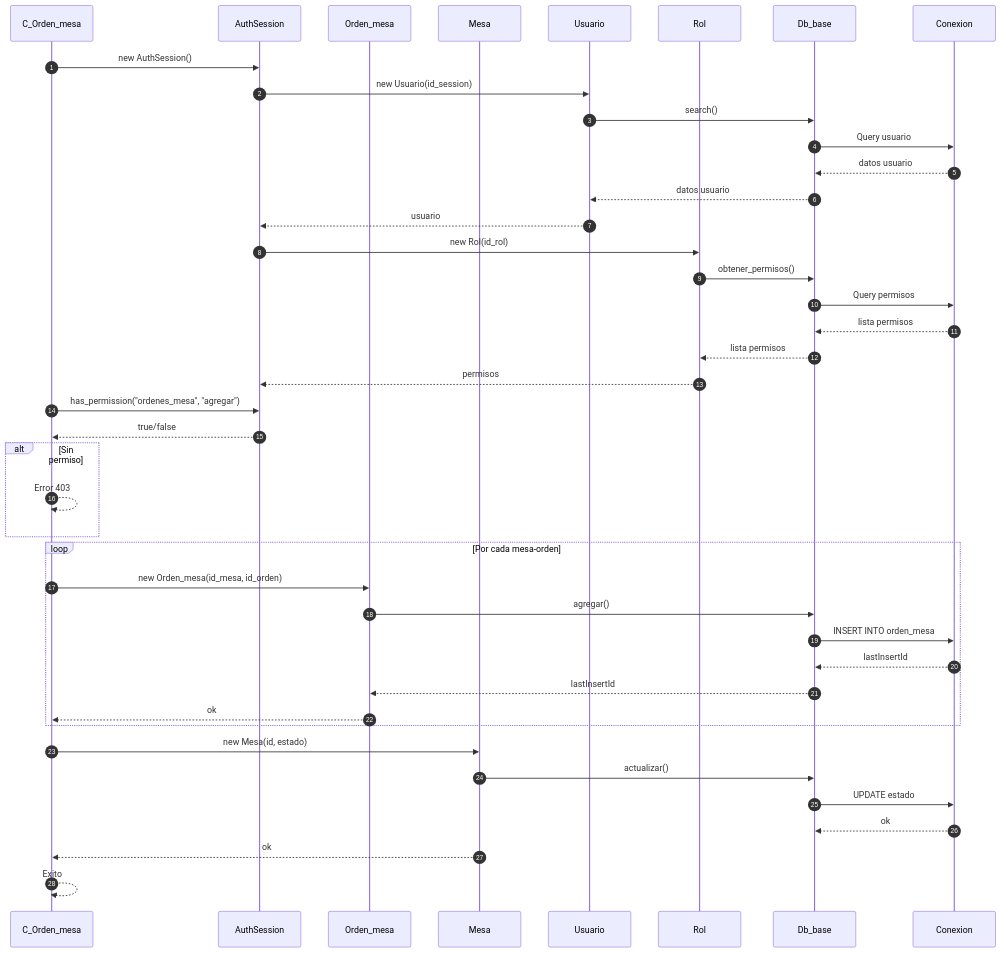
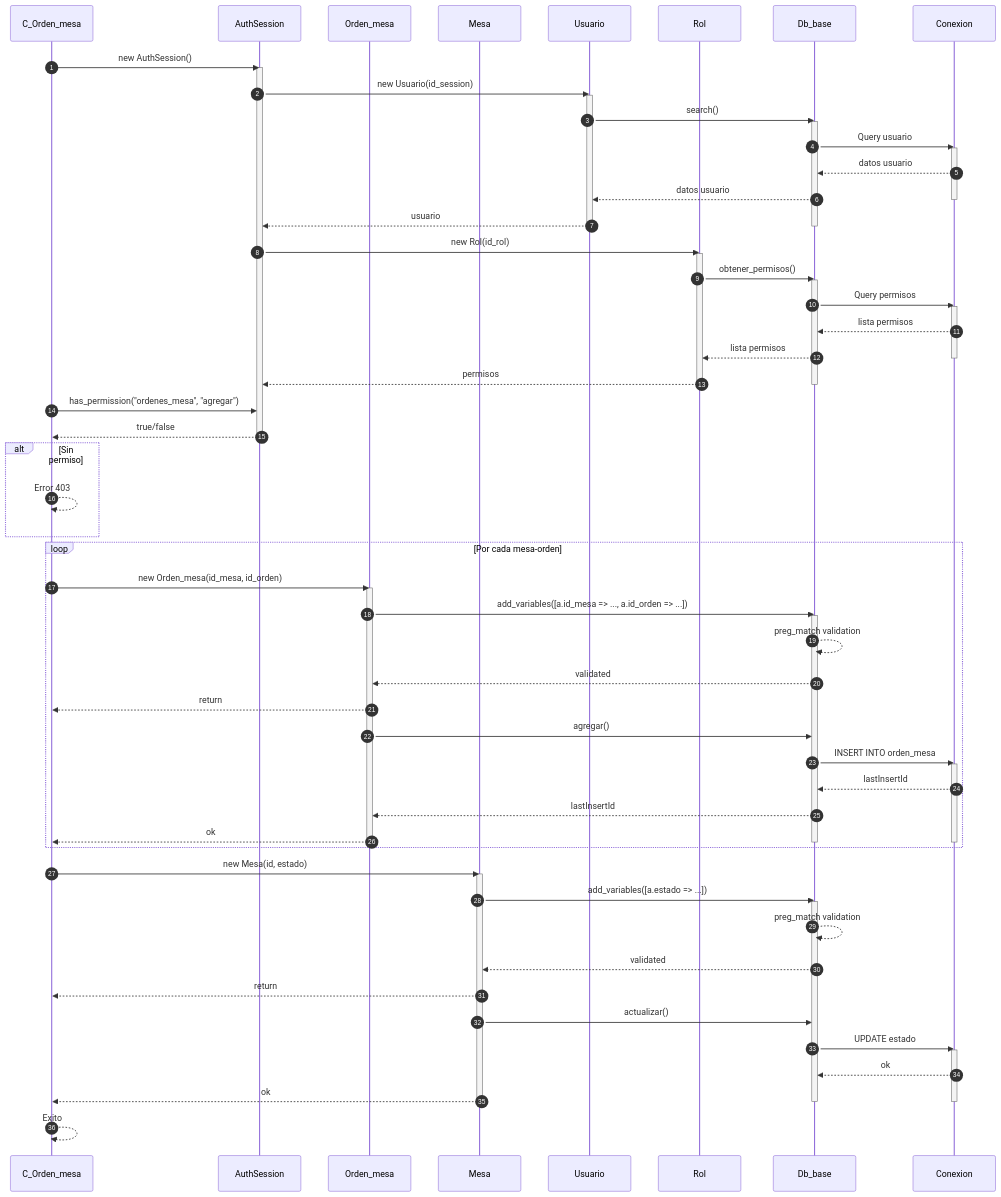
Before and after one commit to Tecrato/BurgerHouse: the fourth of 5 diagrams in docs/secuencia/mesas/mesas.md, drawn with Mermaid. The commit also changed other lines of this file and 16 other files, not shown here.

First line of the commit message:
Annotate mermaid sequences & throttle generator

````diff
--- a/docs/secuencia/mesas/mesas.md
+++ b/docs/secuencia/mesas/mesas.md
@@ -151,22 +219,36 @@
     participant Conexion as Conexion
     
     C_Orden_mesa->>AuthSession: new AuthSession()
+    activate AuthSession
     AuthSession->>Usuario: new Usuario(id_session)
+    activate Usuario
     Usuario->>Db_base: search()
+    activate Db_base
     Db_base->>Conexion: Query usuario
+    activate Conexion
     Conexion-->>Db_base: datos usuario
     Db_base-->>Usuario: datos usuario
+    deactivate Conexion
     Usuario-->>AuthSession: usuario
+    deactivate Usuario
+    deactivate Db_base
     
     AuthSession->>Rol: new Rol(id_rol)
+    activate Rol
     Rol->>Db_base: obtener_permisos()
+    activate Db_base
     Db_base->>Conexion: Query permisos
+    activate Conexion
     Conexion-->>Db_base: lista permisos
     Db_base-->>Rol: lista permisos
+    deactivate Conexion
     Rol-->>AuthSession: permisos
+    deactivate Rol
+    deactivate Db_base
     
     C_Orden_mesa->>AuthSession: has_permission("ordenes_mesa", "agregar")
     AuthSession-->>C_Orden_mesa: true/false
+    deactivate AuthSession
     
     alt Sin permiso
         C_Orden_mesa-->>C_Orden_mesa: Error 403
@@ -174,18 +256,38 @@
     
     loop Por cada mesa-orden
         C_Orden_mesa->>Orden_mesa: new Orden_mesa(id_mesa, id_orden)
+        activate Orden_mesa
+        Orden_mesa->>Db_base: add_variables([a.id_mesa => ..., a.id_orden => ...])
+        activate Db_base
+        Db_base-->>Db_base: preg_match validation
+        Db_base-->>Orden_mesa: validated
+        Orden_mesa-->>C_Orden_mesa: return
         Orden_mesa->>Db_base: agregar()
         Db_base->>Conexion: INSERT INTO orden_mesa
+        activate Conexion
         Conexion-->>Db_base: lastInsertId
         Db_base-->>Orden_mesa: lastInsertId
         Orden_mesa-->>C_Orden_mesa: ok
+        deactivate Orden_mesa
+        deactivate Conexion
+        deactivate Db_base
     end
     
     C_Orden_mesa->>Mesa: new Mesa(id, estado)
+    activate Mesa
+    Mesa->>Db_base: add_variables([a.estado => ...])
+    activate Db_base
+    Db_base-->>Db_base: preg_match validation
+    Db_base-->>Mesa: validated
+    Mesa-->>C_Orden_mesa: return
     Mesa->>Db_base: actualizar()
     Db_base->>Conexion: UPDATE estado
+    activate Conexion
     Conexion-->>Db_base: ok
     Mesa-->>C_Orden_mesa: ok
+    deactivate Mesa
+    deactivate Conexion
+    deactivate Db_base
     
     C_Orden_mesa-->>C_Orden_mesa: Exito
 ```
````
